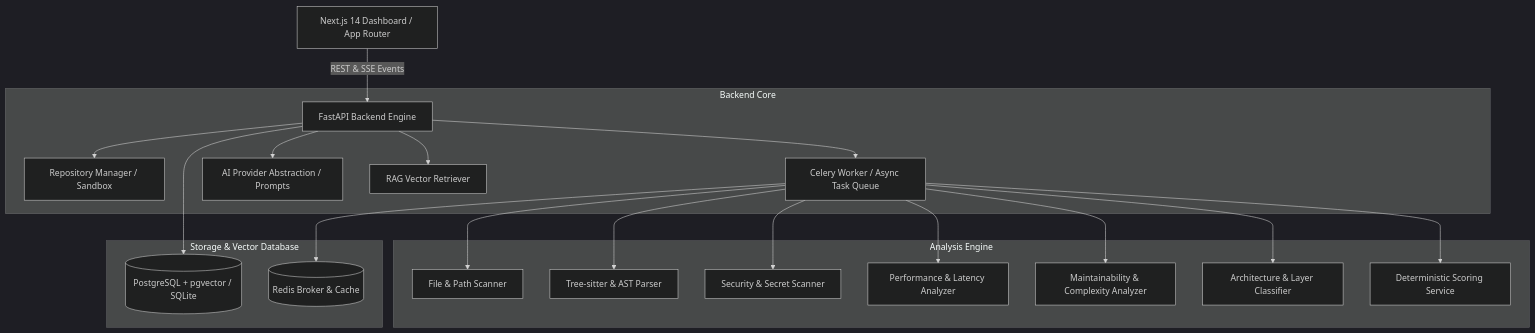
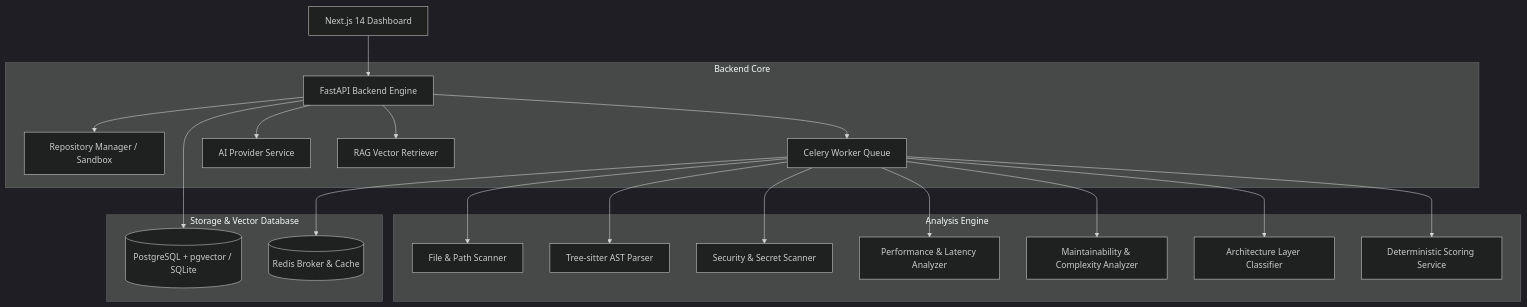
Before and after one commit to Berkan0535/-CodeXray: the third of 4 diagrams in README.md, drawn with Mermaid (dark theme). The commit also changed other lines of this file, not shown here.

Commit message:
fix(docs): format Mermaid subgraphs with standard alphanumeric identifiers

````diff
--- a/README.md
+++ b/README.md
@@ -178,26 +178,26 @@
 ```mermaid
-graph TD
-    Client["Next.js 14 Dashboard / App Router"] -->|"REST & SSE Events"| API["FastAPI Backend Engine"]
+flowchart TB
+    Client["Next.js 14 Dashboard"] --> API["FastAPI Backend Engine"]
     
-    subgraph "Backend Core"
+    subgraph BackendCore ["Backend Core"]
         API --> RepoMgr["Repository Manager / Sandbox"]
-        API --> TaskQueue["Celery Worker / Async Task Queue"]
-        API --> AIService["AI Provider Abstraction / Prompts"]
+        API --> TaskQueue["Celery Worker Queue"]
+        API --> AIService["AI Provider Service"]
         API --> RAG["RAG Vector Retriever"]
     end
 
-    subgraph "Analysis Engine"
+    subgraph AnalysisEngine ["Analysis Engine"]
         TaskQueue --> Scanner["File & Path Scanner"]
-        TaskQueue --> AST["Tree-sitter & AST Parser"]
+        TaskQueue --> AST["Tree-sitter AST Parser"]
         TaskQueue --> Security["Security & Secret Scanner"]
         TaskQueue --> Perf["Performance & Latency Analyzer"]
         TaskQueue --> Quality["Maintainability & Complexity Analyzer"]
-        TaskQueue --> Arch["Architecture & Layer Classifier"]
+        TaskQueue --> Arch["Architecture Layer Classifier"]
         TaskQueue --> Scoring["Deterministic Scoring Service"]
     end
 
-    subgraph "Storage & Vector Database"
+    subgraph StorageDB ["Storage & Vector Database"]
         API --> DB[("PostgreSQL + pgvector / SQLite")]
         TaskQueue --> Redis[("Redis Broker & Cache")]
     end
 ```
````
